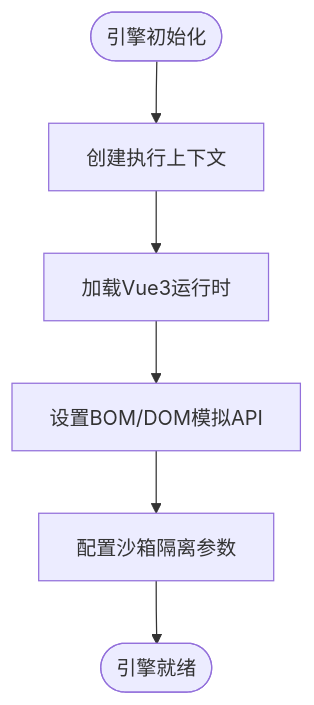
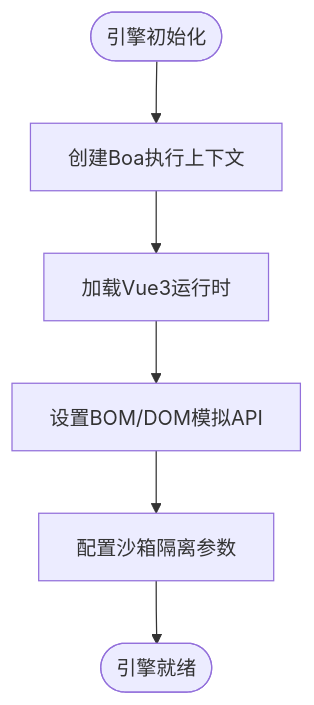
One commit to itszzl-sudo/iris changed the fourth of 11 diagrams in .qoder/repowiki/zh/content/技术架构详解/JS沙箱运行时.md. Above: the diagram before and after it, drawn with Mermaid. The commit also changed other lines of this file and 12 other files, not shown here.

````diff
--- a/.qoder/repowiki/zh/content/技术架构详解/JS沙箱运行时.md
+++ b/.qoder/repowiki/zh/content/技术架构详解/JS沙箱运行时.md
@@ -153,8 +171,8 @@
 ```mermaid
 flowchart TD
-Init([引擎初始化]) --> CreateContext["创建执行上下文"]
+Init([引擎初始化]) --> CreateContext["创建Boa执行上下文"]
 CreateContext --> LoadRuntime["加载Vue3运行时"]
 LoadRuntime --> SetupAPI["设置BOM/DOM模拟API"]
 SetupAPI --> ConfigureIsolation["配置沙箱隔离参数"]
 ConfigureIsolation --> Ready([引擎就绪])
 ```
````
